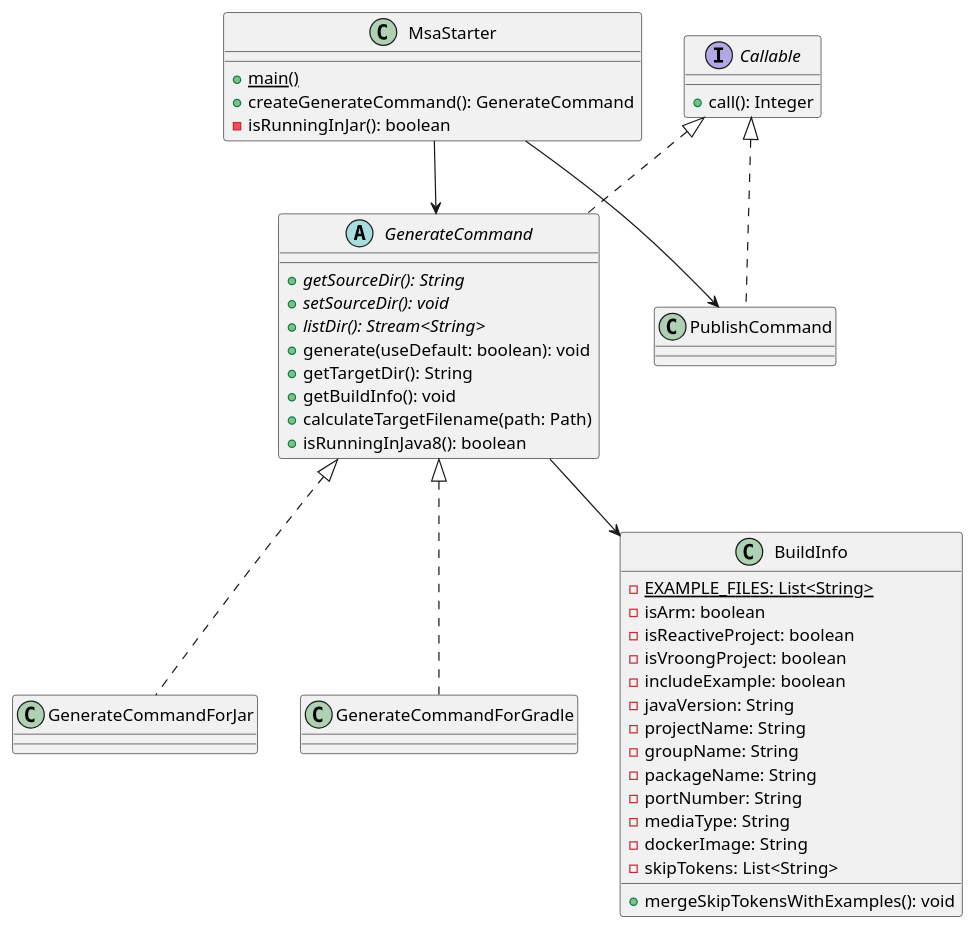
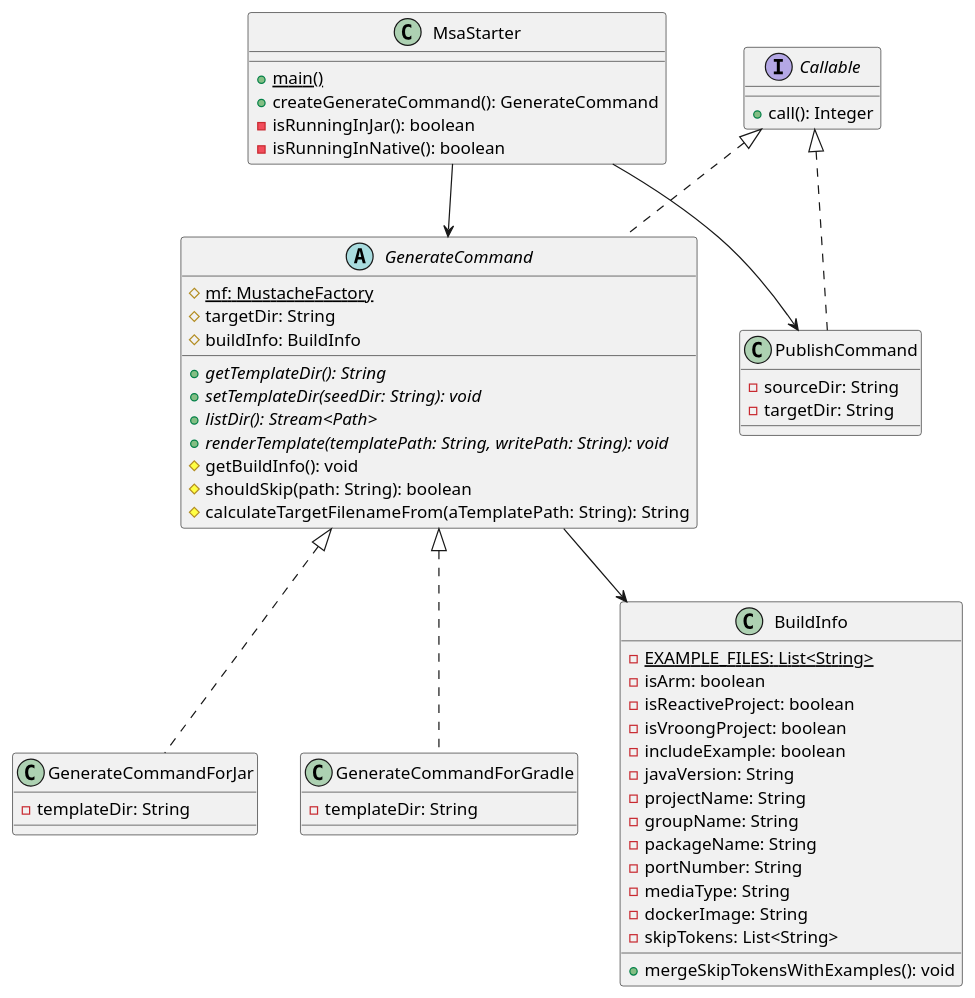
Before and after one commit to appkr/msa-starter: the diagram in docs/class.puml, drawn with PlantUML. The commit also changed 8 other files, not shown here.

```diff
--- a/docs/class.puml
+++ b/docs/class.puml
@@ -1,55 +1,64 @@
 @startuml
 
 ' print help message
 ' inject sub-command
 class MsaStarter {
   + {static} main()
   + createGenerateCommand(): GenerateCommand
   - isRunningInJar(): boolean
+  - isRunningInNative(): boolean
 }
 
 interface Callable {
   + call(): Integer
 }
 
 ' generate a new project
 abstract class GenerateCommand implements Callable {
-  + {abstract} getSourceDir(): String
-  + {abstract} setSourceDir(): void
-  + {abstract} listDir(): Stream<String>
-  + generate(useDefault: boolean): void
-  + getTargetDir(): String
-  + getBuildInfo(): void
-  + calculateTargetFilename(path: Path)
-  + isRunningInJava8(): boolean
+  # {static} mf: MustacheFactory
+  # targetDir: String
+  # buildInfo: BuildInfo
+  + {abstract} getTemplateDir(): String
+  + {abstract} setTemplateDir(seedDir: String): void
+  + {abstract} listDir(): Stream<Path>
+  + {abstract} renderTemplate(templatePath: String, writePath: String): void
+  # getBuildInfo(): void
+  # shouldSkip(path: String): boolean
+  # calculateTargetFilenameFrom(aTemplatePath: String): String
 }
 
-class GenerateCommandForJar implements GenerateCommand {}
-class GenerateCommandForGradle implements GenerateCommand {}
+class GenerateCommandForJar implements GenerateCommand {
+  - templateDir: String
+}
+class GenerateCommandForGradle implements GenerateCommand {
+  - templateDir: String
+}
 
 ' publish the generated project
 class PublishCommand implements Callable {
+  - sourceDir: String
+  - targetDir: String
 }
 
 class BuildInfo {
   - {static}EXAMPLE_FILES: List<String>
   - isArm: boolean
   - isReactiveProject: boolean
   - isVroongProject: boolean
   - includeExample: boolean
   - javaVersion: String
   - projectName: String
   - groupName: String
   - packageName: String
   - portNumber: String
   - mediaType: String
   - dockerImage: String
   - skipTokens: List<String>
   + mergeSkipTokensWithExamples(): void
 }
 
 MsaStarter --> GenerateCommand
 MsaStarter --> PublishCommand
 GenerateCommand --> BuildInfo
 
 @enduml
```
